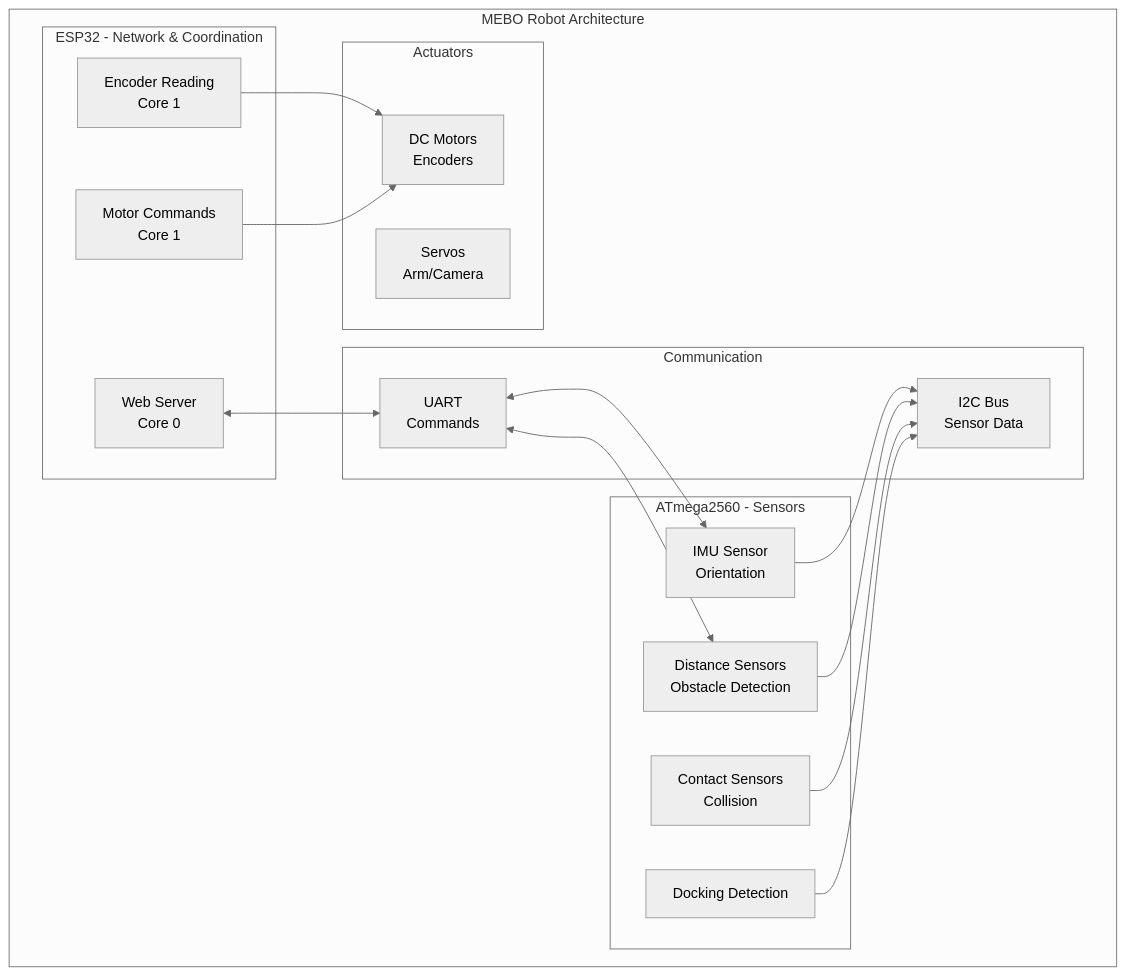
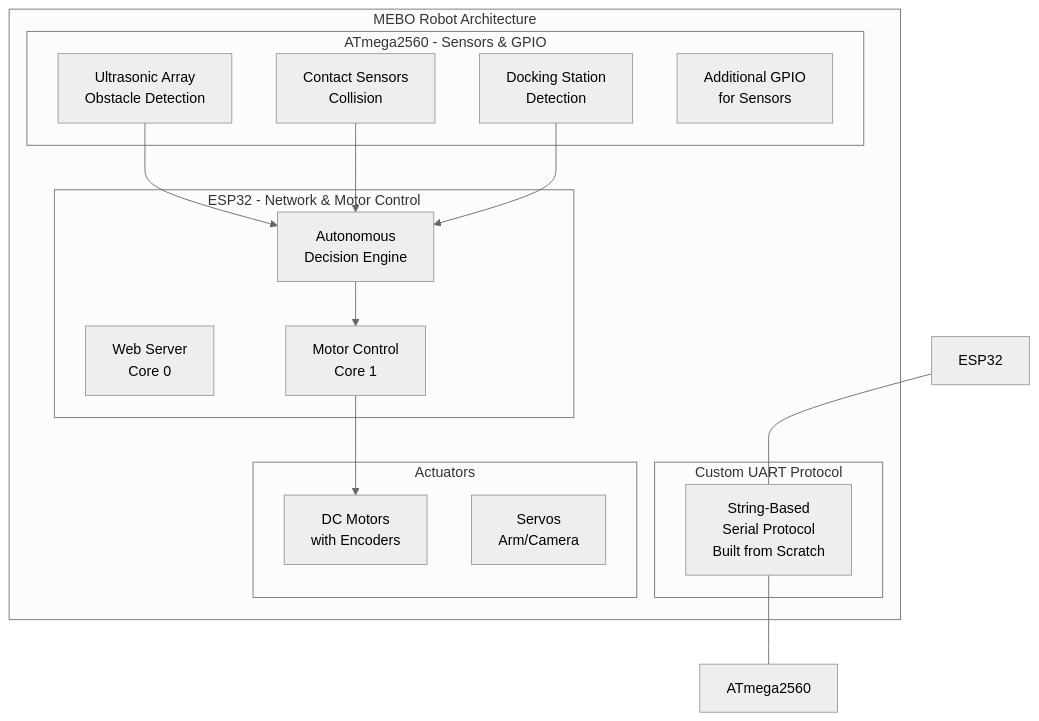
The fourth of 5 diagrams in README.md (elfege/Arduino_CPP), drawn with Mermaid (neutral theme) before and after one commit. The commit also changed other lines of this file, not shown here.

Commit message:
Update MEBO section: custom UART protocol, encoder feedback, solo build

````diff
--- a/README.md
+++ b/README.md
@@ -207,37 +207,34 @@
 ```mermaid
 graph TB
     subgraph "MEBO Robot Architecture"
-        subgraph "ESP32 - Network & Coordination"
+        subgraph "ESP32 - Network & Motor Control"
             WEBSERVER[Web Server<br/>Core 0]
-            ENCODER_TASK[Encoder Reading<br/>Core 1]
-            MOTOR_CMD[Motor Commands<br/>Core 1]
+            MOTOR_CTRL[Motor Control<br/>Core 1]
+            AUTONOMY[Autonomous<br/>Decision Engine]
         end
 
-        subgraph "ATmega2560 - Sensors"
-            IMU[IMU Sensor<br/>Orientation]
-            DISTANCE[Distance Sensors<br/>Obstacle Detection]
+        subgraph "ATmega2560 - Sensors & GPIO"
+            ULTRASONIC[Ultrasonic Array<br/>Obstacle Detection]
             CONTACT[Contact Sensors<br/>Collision]
-            DOCK[Docking Detection]
+            DOCK[Docking Station<br/>Detection]
+            EXTRA_GPIO[Additional GPIO<br/>for Sensors]
         end
 
-        subgraph "Communication"
-            I2C[I2C Bus<br/>Sensor Data]
-            UART[UART<br/>Commands]
+        subgraph "Custom UART Protocol"
+            UART[String-Based<br/>Serial Protocol<br/>Built from Scratch]
         end
 
         subgraph "Actuators"
-            MOTORS[DC Motors<br/>Encoders]
+            MOTORS[DC Motors<br/>with Encoders]
             SERVOS[Servos<br/>Arm/Camera]
         end
     end
 
-    WEBSERVER <--> UART
-    UART <--> IMU
-    UART <--> DISTANCE
-    ENCODER_TASK --> MOTORS
-    MOTOR_CMD --> MOTORS
-    IMU --> I2C
-    DISTANCE --> I2C
-    CONTACT --> I2C
-    DOCK --> I2C
+    ESP32 --- UART
+    UART --- ATmega2560
+    AUTONOMY --> MOTOR_CTRL
+    MOTOR_CTRL --> MOTORS
+    ULTRASONIC --> AUTONOMY
+    CONTACT --> AUTONOMY
+    DOCK --> AUTONOMY
 ```
````
